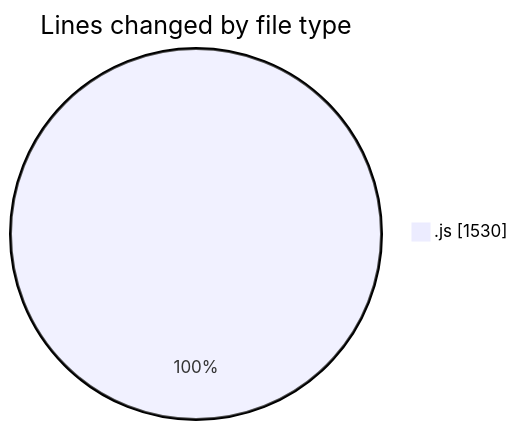
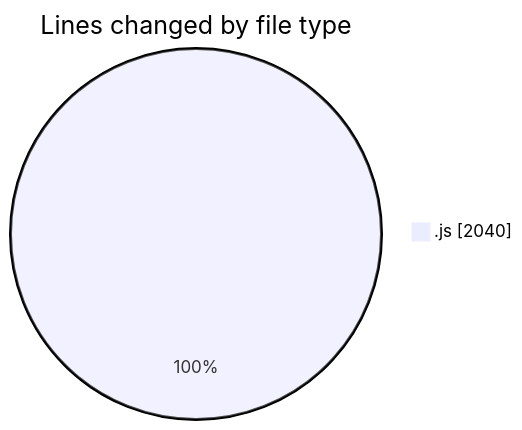
Before and after one commit to nxtqubesakshisongat/code-tracking: the first of 2 diagrams in 2025-10-15/nxtqube_webapp/README.md, drawn with Mermaid. The commit also changed other lines of this file and 1 other file, not shown here.

````diff
--- a/2025-10-15/nxtqube_webapp/README.md
+++ b/2025-10-15/nxtqube_webapp/README.md
@@ -20,5 +20,5 @@
 ```mermaid
 pie showData
 title Lines changed by file type
-".js" : 1530
+".js" : 2040
 ```
````
